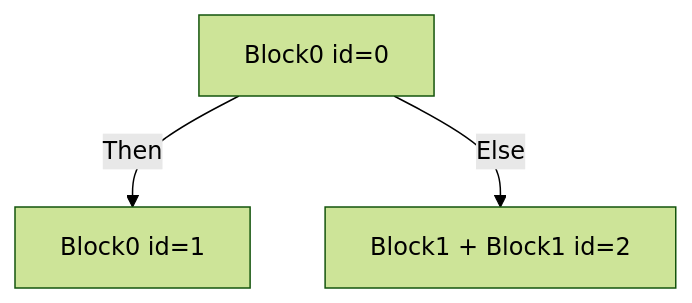
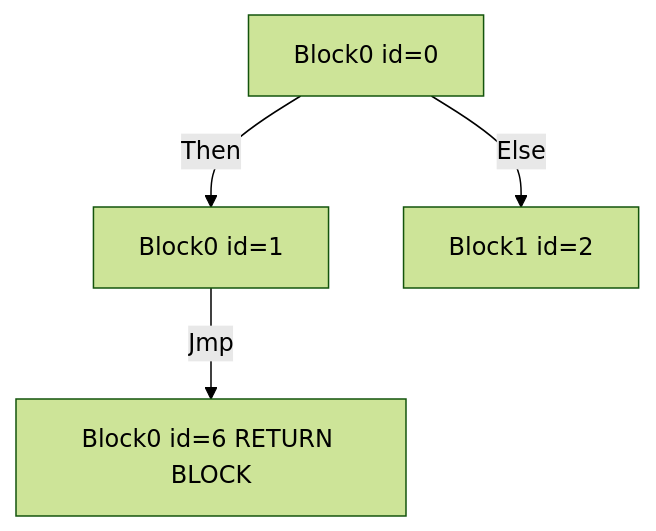
The sixth of 10 diagrams in README.md (defkit/branching_overview), drawn with Mermaid (forest theme) before and after one commit. The commit also changed other lines of this file, not shown here.

````diff
--- a/README.md
+++ b/README.md
@@ -76,5 +79,7 @@
 ```mermaid
 graph TD;
     b0[Block0 id=0]-->|Then| b1[Block0 id=1]
-    b0[Block0 id=0]-->|Else| b2[Block1 + Block1 id=2]
+    b0[Block0 id=0]-->|Else| b2[Block1 id=2]
+    b1-->|Jmp| b6
+    b6[Block0 id=6 RETURN BLOCK]
 ```
````
